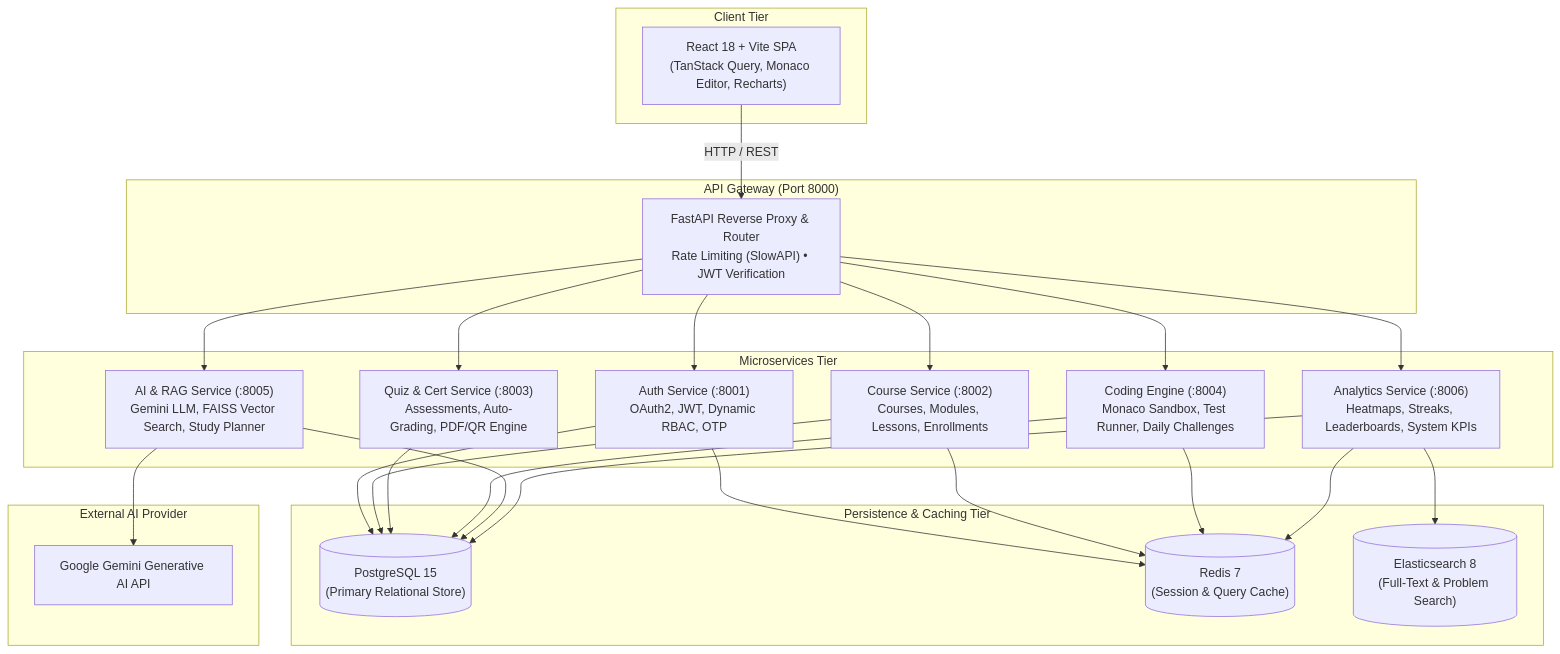
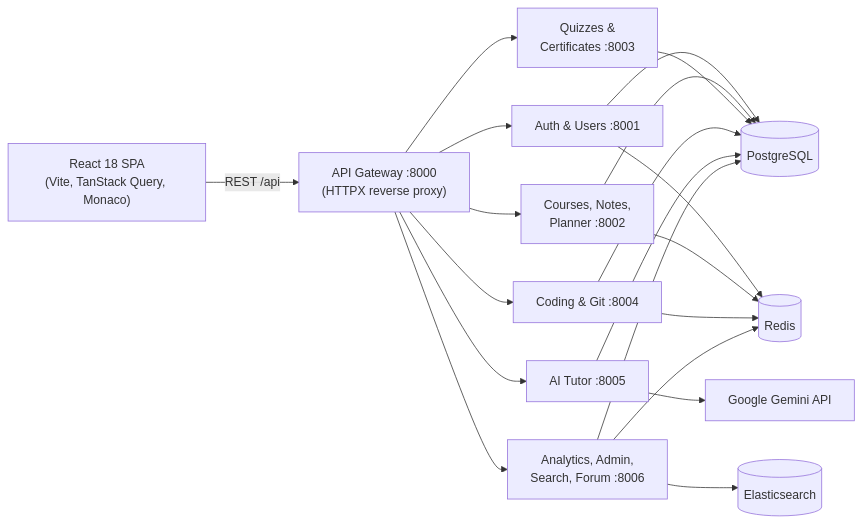
One commit to parmarramnik/Codexia-Acadamy changed the diagram in README.md. Above: the diagram before and after it, drawn with Mermaid. The commit also changed other lines of this file and 8 other files, not shown here.

````diff
--- a/README.md
+++ b/README.md
@@ -33,50 +112,16 @@
 ```mermaid
-flowchart TB
-    subgraph Client["Client Tier"]
-        UI["React 18 + Vite SPA\n(TanStack Query, Monaco Editor, Recharts)"]
-    end
+flowchart LR
+    UI["React 18 SPA<br/>(Vite, TanStack Query, Monaco)"] -->|REST /api| GW["API Gateway :8000<br/>(HTTPX reverse proxy)"]
 
-    subgraph Gateway["API Gateway (Port 8000)"]
-        GW["FastAPI Reverse Proxy & Router\nRate Limiting (SlowAPI) • JWT Verification"]
-    end
+    GW --> AUTH["Auth & Users :8001"]
+    GW --> COURSE["Courses, Notes,<br/>Planner :8002"]
+    GW --> QUIZ["Quizzes &<br/>Certificates :8003"]
+    GW --> CODE["Coding & Git :8004"]
+    GW --> AI["AI Tutor :8005"]
+    GW --> ANA["Analytics, Admin,<br/>Search, Forum :8006"]
 
-    subgraph Services["Microservices Tier"]
-        AUTH["Auth Service (:8001)\nOAuth2, JWT, Dynamic RBAC, OTP"]
-        COURSE["Course Service (:8002)\nCourses, Modules, Lessons, Enrollments"]
-        QUIZ["Quiz & Cert Service (:8003)\nAssessments, Auto-Grading, PDF/QR Engine"]
-        CODING["Coding Engine (:8004)\nMonaco Sandbox, Test Runner, Daily Challenges"]
-        AI_SVC["AI & RAG Service (:8005)\nGemini LLM, FAISS Vector Search, Study Planner"]
-        ANALYTICS["Analytics Service (:8006)\nHeatmaps, Streaks, Leaderboards, System KPIs"]
-    end
-
-    subgraph Data["Persistence & Caching Tier"]
-        PG[("PostgreSQL 15\n(Primary Relational Store)")]
-        RD[("Redis 7\n(Session & Query Cache)")]
-        ES[("Elasticsearch 8\n(Full-Text & Problem Search)")]
-    end
-
-    subgraph External["External AI Provider"]
-        GEMINI["Google Gemini Generative AI API"]
-    end
-
-    UI -->|HTTP / REST| GW
-    GW --> AUTH
-    GW --> COURSE
-    GW --> QUIZ
-    GW --> CODING
-    GW --> AI_SVC
-    GW --> ANALYTICS
-
-    AUTH --> PG
-    AUTH --> RD
-    COURSE --> PG
-    COURSE --> RD
-    QUIZ --> PG
-    CODING --> PG
-    CODING --> RD
-    AI_SVC --> PG
-    AI_SVC --> GEMINI
-    ANALYTICS --> PG
-    ANALYTICS --> RD
-    ANALYTICS --> ES
+    AUTH & COURSE & QUIZ & CODE & AI & ANA --> PG[("PostgreSQL")]
+    AUTH & COURSE & CODE & ANA --> RD[("Redis")]
+    ANA --> ES[("Elasticsearch")]
+    AI --> GEM["Google Gemini API"]
 ```
````
